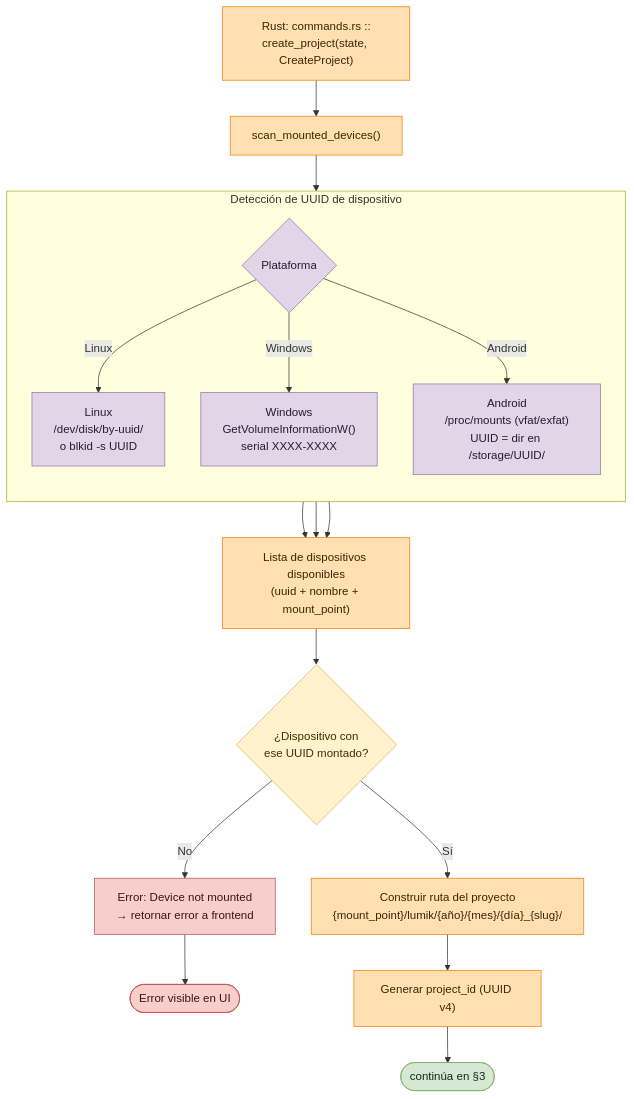
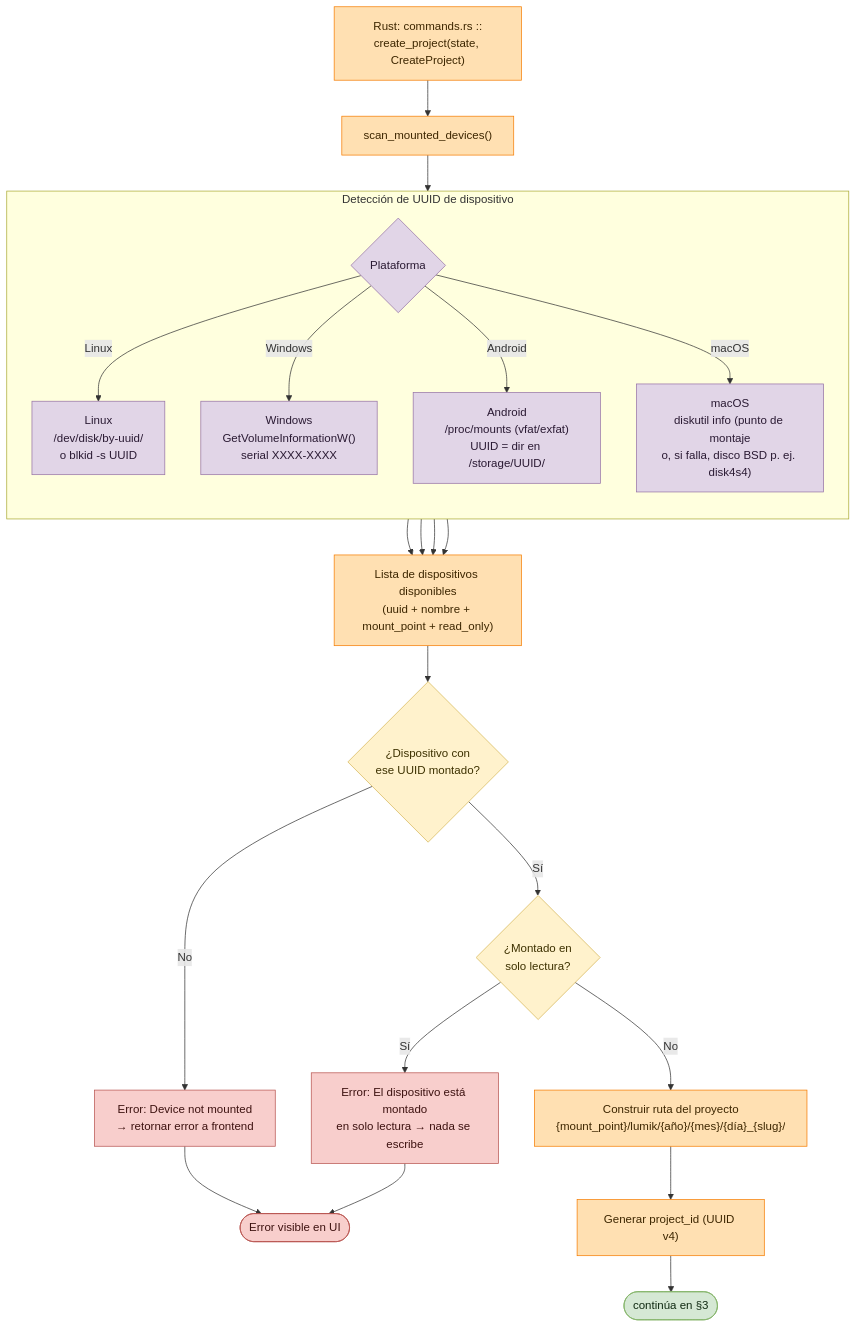
One commit to everitosan/lumik changed the third of 4 diagrams in docs/useCases/flujo-crear-proyecto.md. Above: the diagram before and after it, drawn with Mermaid. The commit also changed other lines of this file and 15 other files, not shown here.

First line of the commit message:
feat(devices): discos de solo lectura y NTFS en macOS

````diff
--- a/docs/useCases/flujo-crear-proyecto.md
+++ b/docs/useCases/flujo-crear-proyecto.md
@@ -66,40 +67,46 @@
 ```mermaid
 flowchart TD
     cmd["Rust: commands.rs ::<br/>create_project(state, CreateProject)"]
     scan["scan_mounted_devices()"]
 
     subgraph PLAT["Detección de UUID de dispositivo"]
         direction TB
         plat_q{"Plataforma"}
         linux["Linux<br/>/dev/disk/by-uuid/<br/>o blkid -s UUID"]
         windows["Windows<br/>GetVolumeInformationW()<br/>serial XXXX-XXXX"]
         android["Android<br/>/proc/mounts (vfat/exfat)<br/>UUID = dir en /storage/UUID/"]
+        macos["macOS<br/>diskutil info (punto de montaje<br/>o, si falla, disco BSD p. ej. disk4s4)"]
     end
 
-    merge["Lista de dispositivos disponibles<br/>(uuid + nombre + mount_point)"]
+    merge["Lista de dispositivos disponibles<br/>(uuid + nombre + mount_point + read_only)"]
     mounted_q{"¿Dispositivo con<br/>ese UUID montado?"}
     mount_error["Error: Device not mounted<br/>→ retornar error a frontend"]
+    ro_q{"¿Montado en<br/>solo lectura?"}
+    ro_error["Error: El dispositivo está montado<br/>en solo lectura → nada se escribe"]
     err_end(["Error visible en UI"])
     build_path["Construir ruta del proyecto<br/>{mount_point}/lumik/{año}/{mes}/{día}_{slug}/"]
     gen_uuid["Generar project_id (UUID v4)"]
     next(["continúa en §3"])
 
     cmd --> scan --> plat_q
     plat_q -->|Linux| linux --> merge
     plat_q -->|Windows| windows --> merge
     plat_q -->|Android| android --> merge
+    plat_q -->|macOS| macos --> merge
     merge --> mounted_q
     mounted_q -->|No| mount_error --> err_end
-    mounted_q -->|Sí| build_path --> gen_uuid --> next
+    mounted_q -->|Sí| ro_q
+    ro_q -->|Sí| ro_error --> err_end
+    ro_q -->|No| build_path --> gen_uuid --> next
 
     classDef term fill:#d5e8d4,stroke:#82b366,color:#102a12
     classDef be fill:#ffe0b2,stroke:#f57c00,color:#3d2600
     classDef plat fill:#e1d5e7,stroke:#9673a6,color:#2a1a33
     classDef dec fill:#fff2cc,stroke:#d6b656,color:#3d3100
     classDef err fill:#f8cecc,stroke:#b85450,color:#3d1210
     class next term
     class cmd,scan,merge,build_path,gen_uuid be
-    class plat_q,linux,windows,android plat
-    class mounted_q dec
-    class mount_error,err_end err
+    class plat_q,linux,windows,android,macos plat
+    class mounted_q,ro_q dec
+    class mount_error,ro_error,err_end err
 ```
````
